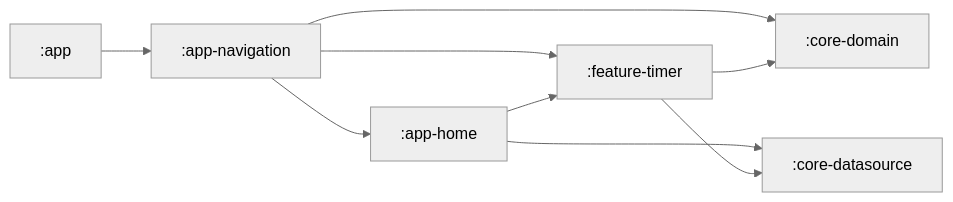
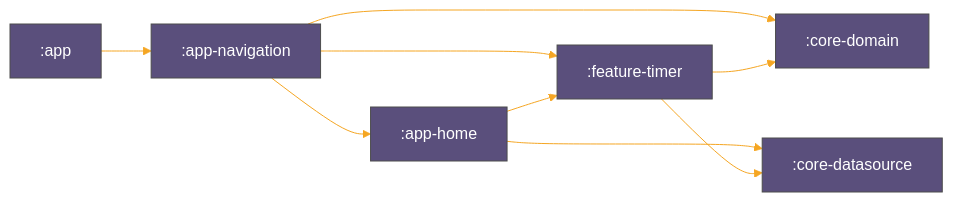
The diagram in README.md (donald-okara/TimeKeeperson), drawn with Mermaid before and after one commit. The commit also changed 1 other file, not shown here.

Commit message:
Docs: Edited dependency graph with themes

````diff
--- a/README.md
+++ b/README.md
@@ -3,17 +3,18 @@
 ```mermaid
 %%{
   init: {
-    'theme': 'neutral'
+    'theme': 'base',
+    'themeVariables': {"primaryTextColor":"#FFFFFF","primaryColor":"#5A4F7C","lineColor":"#F5A623"}
   }
 }%%
 
 graph LR
   :app-navigation --> :core-domain
   :app-navigation --> :app-home
   :app-navigation --> :feature-timer
   :app-home --> :feature-timer
   :app-home --> :core-datasource
   :app --> :app-navigation
   :feature-timer --> :core-datasource
   :feature-timer --> :core-domain
 ```
````
